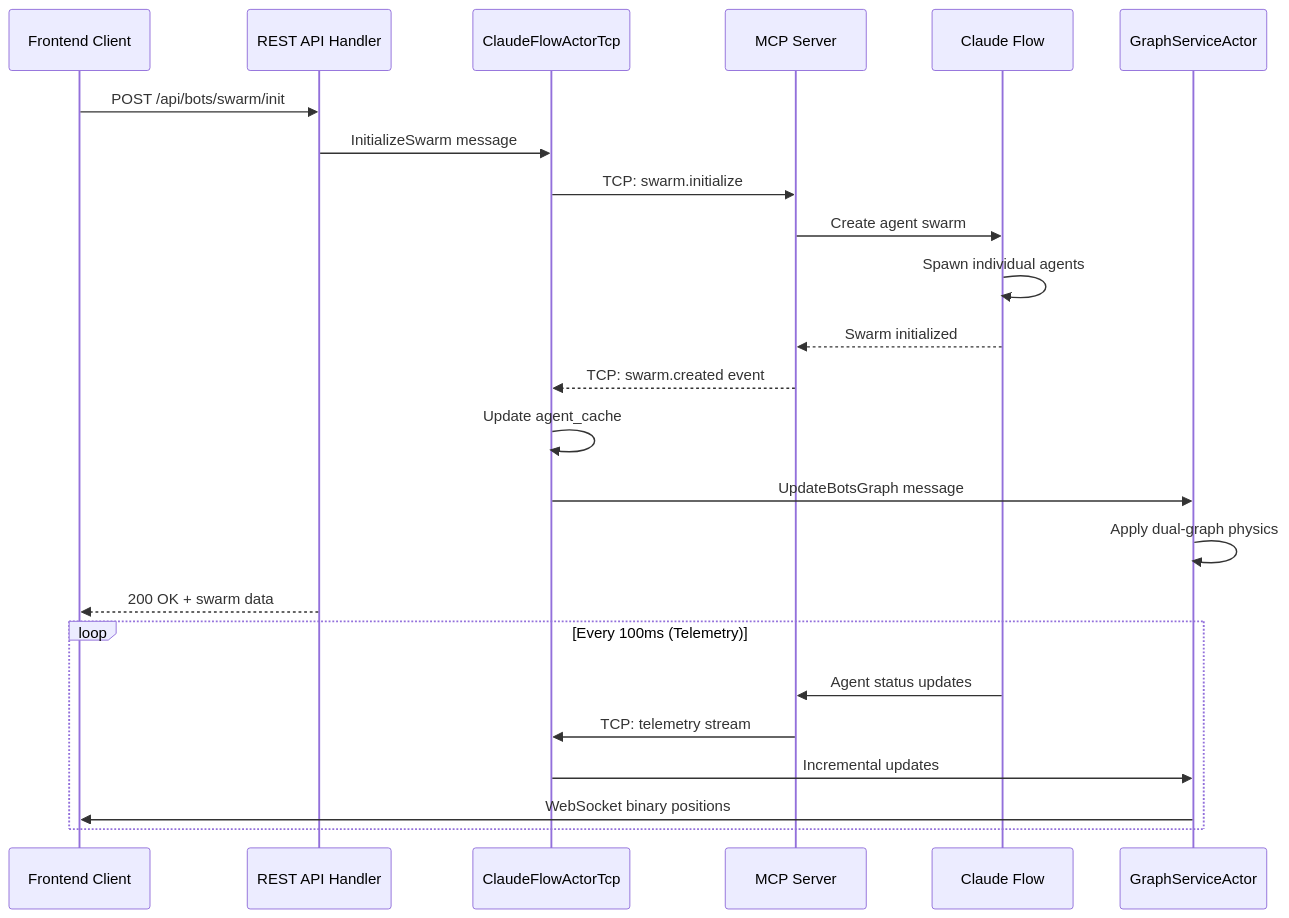
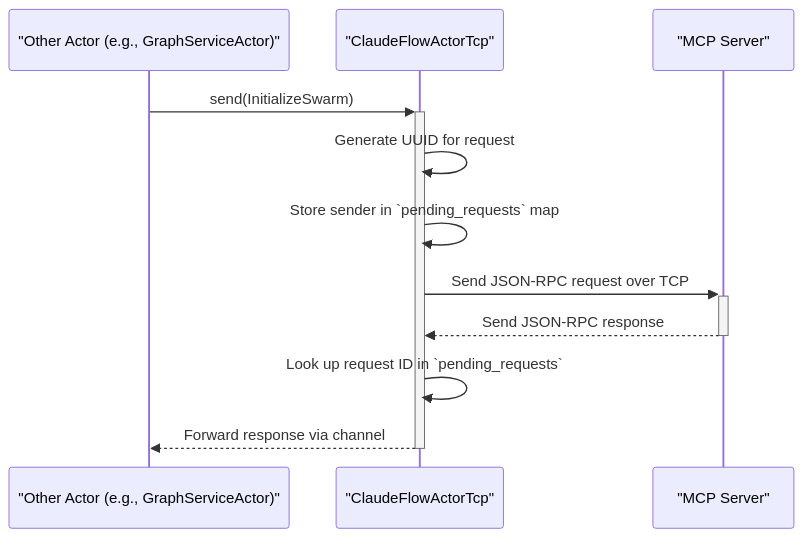
Before and after one commit to DreamLab-AI/VisionFlow: the diagram in docs/server/mcp-integration.md, drawn with Mermaid. The commit also changed other lines of this file and 11 other files, not shown here.

````diff
--- a/docs/server/mcp-integration.md
+++ b/docs/server/mcp-integration.md
@@ -433,28 +37,14 @@
 ```mermaid
 sequenceDiagram
-    participant UI as Frontend Client
-    participant API as REST API Handler
-    participant CFA as ClaudeFlowActorTcp
-    participant MCP as MCP Server
-    participant CF as Claude Flow
-    participant GSA as GraphServiceActor
+    participant Requester as "Other Actor (e.g., GraphServiceActor)"
+    participant CFA as "ClaudeFlowActorTcp"
+    participant MCP as "MCP Server"
 
-    UI->>API: POST /api/bots/swarm/init
-    API->>CFA: InitializeSwarm message
-    CFA->>MCP: TCP: swarm.initialize
-    MCP->>CF: Create agent swarm
-    CF->>CF: Spawn individual agents
-    CF-->>MCP: Swarm initialized
-    MCP-->>CFA: TCP: swarm.created event
-    CFA->>CFA: Update agent_cache
-    CFA->>GSA: UpdateBotsGraph message
-    GSA->>GSA: Apply dual-graph physics
-    API-->>UI: 200 OK + swarm data
-    
-    loop Every 100ms (Telemetry)
-        CF->>MCP: Agent status updates
-        MCP->>CFA: TCP: telemetry stream
-        CFA->>GSA: Incremental updates
-        GSA->>UI: WebSocket binary positions
-    end
+    Requester->>+CFA: send(InitializeSwarm)
+    CFA->>CFA: Generate UUID for request
+    CFA->>CFA: Store sender in `pending_requests` map
+    CFA->>+MCP: Send JSON-RPC request over TCP
+    MCP-->>-CFA: Send JSON-RPC response
+    CFA->>CFA: Look up request ID in `pending_requests`
+    CFA-->>-Requester: Forward response via channel
 ```
````
